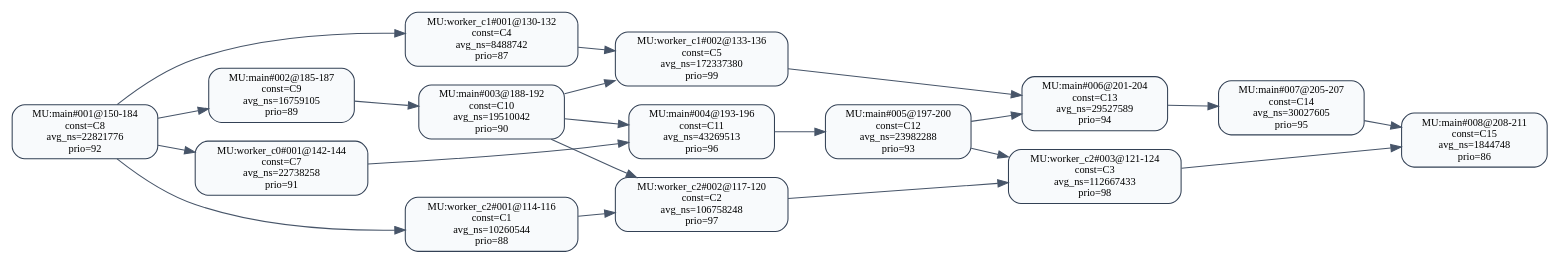
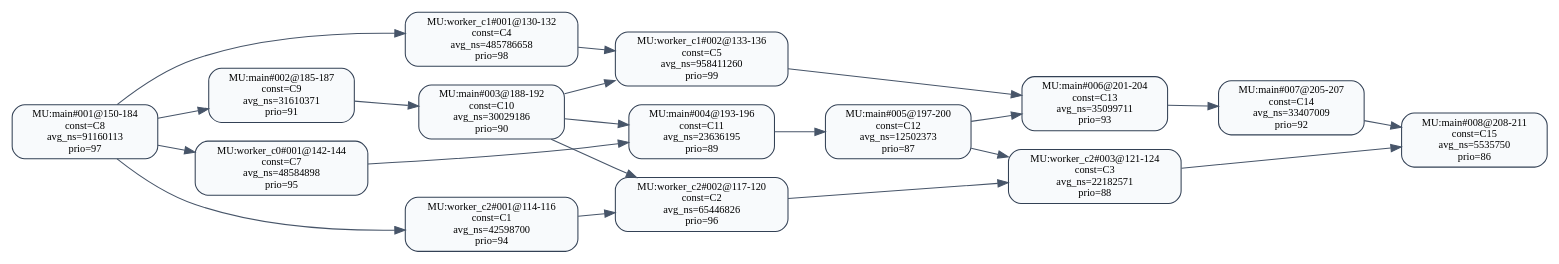
Before and after one commit to RTS-SYSU/DAG-Gen: the diagram in 中间结果/zhang2/pipeline/validation/level2/effective_line_merge/wcet_first/dag_seg_annotated.dot, drawn with Graphviz. The commit also changed 3421 other files, not shown here.

```diff
--- a/中间结果/zhang2/pipeline/validation/level2/effective_line_merge/wcet_first/dag_seg_annotated.dot
+++ b/中间结果/zhang2/pipeline/validation/level2/effective_line_merge/wcet_first/dag_seg_annotated.dot
@@ -1,38 +1,38 @@
 digraph dag_seg_annotated {
   rankdir=LR;
   node [shape=box, style="rounded,filled", fillcolor="#F8FAFC", color="#334155", fontsize=10];
   edge [color="#475569"];
-  "MU:main#001@150-184" [label="MU:main#001@150-184\nconst=C8\navg_ns=22821776\nprio=92"];
-  "MU:main#002@185-187" [label="MU:main#002@185-187\nconst=C9\navg_ns=16759105\nprio=89"];
-  "MU:main#003@188-192" [label="MU:main#003@188-192\nconst=C10\navg_ns=19510042\nprio=90"];
-  "MU:main#004@193-196" [label="MU:main#004@193-196\nconst=C11\navg_ns=43269513\nprio=96"];
-  "MU:main#005@197-200" [label="MU:main#005@197-200\nconst=C12\navg_ns=23982288\nprio=93"];
-  "MU:main#006@201-204" [label="MU:main#006@201-204\nconst=C13\navg_ns=29527589\nprio=94"];
-  "MU:main#007@205-207" [label="MU:main#007@205-207\nconst=C14\navg_ns=30027605\nprio=95"];
-  "MU:main#008@208-211" [label="MU:main#008@208-211\nconst=C15\navg_ns=1844748\nprio=86"];
-  "MU:worker_c0#001@142-144" [label="MU:worker_c0#001@142-144\nconst=C7\navg_ns=22738258\nprio=91"];
-  "MU:worker_c1#001@130-132" [label="MU:worker_c1#001@130-132\nconst=C4\navg_ns=8488742\nprio=87"];
-  "MU:worker_c1#002@133-136" [label="MU:worker_c1#002@133-136\nconst=C5\navg_ns=172337380\nprio=99"];
-  "MU:worker_c2#001@114-116" [label="MU:worker_c2#001@114-116\nconst=C1\navg_ns=10260544\nprio=88"];
-  "MU:worker_c2#002@117-120" [label="MU:worker_c2#002@117-120\nconst=C2\navg_ns=106758248\nprio=97"];
-  "MU:worker_c2#003@121-124" [label="MU:worker_c2#003@121-124\nconst=C3\navg_ns=112667433\nprio=98"];
+  "MU:main#001@150-184" [label="MU:main#001@150-184\nconst=C8\navg_ns=91160113\nprio=97"];
+  "MU:main#002@185-187" [label="MU:main#002@185-187\nconst=C9\navg_ns=31610371\nprio=91"];
+  "MU:main#003@188-192" [label="MU:main#003@188-192\nconst=C10\navg_ns=30029186\nprio=90"];
+  "MU:main#004@193-196" [label="MU:main#004@193-196\nconst=C11\navg_ns=23636195\nprio=89"];
+  "MU:main#005@197-200" [label="MU:main#005@197-200\nconst=C12\navg_ns=12502373\nprio=87"];
+  "MU:main#006@201-204" [label="MU:main#006@201-204\nconst=C13\navg_ns=35099711\nprio=93"];
+  "MU:main#007@205-207" [label="MU:main#007@205-207\nconst=C14\navg_ns=33407009\nprio=92"];
+  "MU:main#008@208-211" [label="MU:main#008@208-211\nconst=C15\navg_ns=5535750\nprio=86"];
+  "MU:worker_c0#001@142-144" [label="MU:worker_c0#001@142-144\nconst=C7\navg_ns=48584898\nprio=95"];
+  "MU:worker_c1#001@130-132" [label="MU:worker_c1#001@130-132\nconst=C4\navg_ns=485786658\nprio=98"];
+  "MU:worker_c1#002@133-136" [label="MU:worker_c1#002@133-136\nconst=C5\navg_ns=958411260\nprio=99"];
+  "MU:worker_c2#001@114-116" [label="MU:worker_c2#001@114-116\nconst=C1\navg_ns=42598700\nprio=94"];
+  "MU:worker_c2#002@117-120" [label="MU:worker_c2#002@117-120\nconst=C2\navg_ns=65446826\nprio=96"];
+  "MU:worker_c2#003@121-124" [label="MU:worker_c2#003@121-124\nconst=C3\navg_ns=22182571\nprio=88"];
   "MU:worker_c2#001@114-116" -> "MU:worker_c2#002@117-120";
   "MU:worker_c2#002@117-120" -> "MU:worker_c2#003@121-124";
   "MU:worker_c1#001@130-132" -> "MU:worker_c1#002@133-136";
   "MU:main#001@150-184" -> "MU:main#002@185-187";
   "MU:main#002@185-187" -> "MU:main#003@188-192";
   "MU:main#003@188-192" -> "MU:main#004@193-196";
   "MU:main#004@193-196" -> "MU:main#005@197-200";
   "MU:main#005@197-200" -> "MU:main#006@201-204";
   "MU:main#006@201-204" -> "MU:main#007@205-207";
   "MU:main#007@205-207" -> "MU:main#008@208-211";
   "MU:main#001@150-184" -> "MU:worker_c0#001@142-144";
   "MU:main#001@150-184" -> "MU:worker_c1#001@130-132";
   "MU:main#001@150-184" -> "MU:worker_c2#001@114-116";
   "MU:worker_c0#001@142-144" -> "MU:main#004@193-196";
   "MU:worker_c1#002@133-136" -> "MU:main#006@201-204";
   "MU:worker_c2#003@121-124" -> "MU:main#008@208-211";
   "MU:main#003@188-192" -> "MU:worker_c2#002@117-120";
   "MU:main#005@197-200" -> "MU:worker_c2#003@121-124";
   "MU:main#003@188-192" -> "MU:worker_c1#002@133-136";
 }
```
